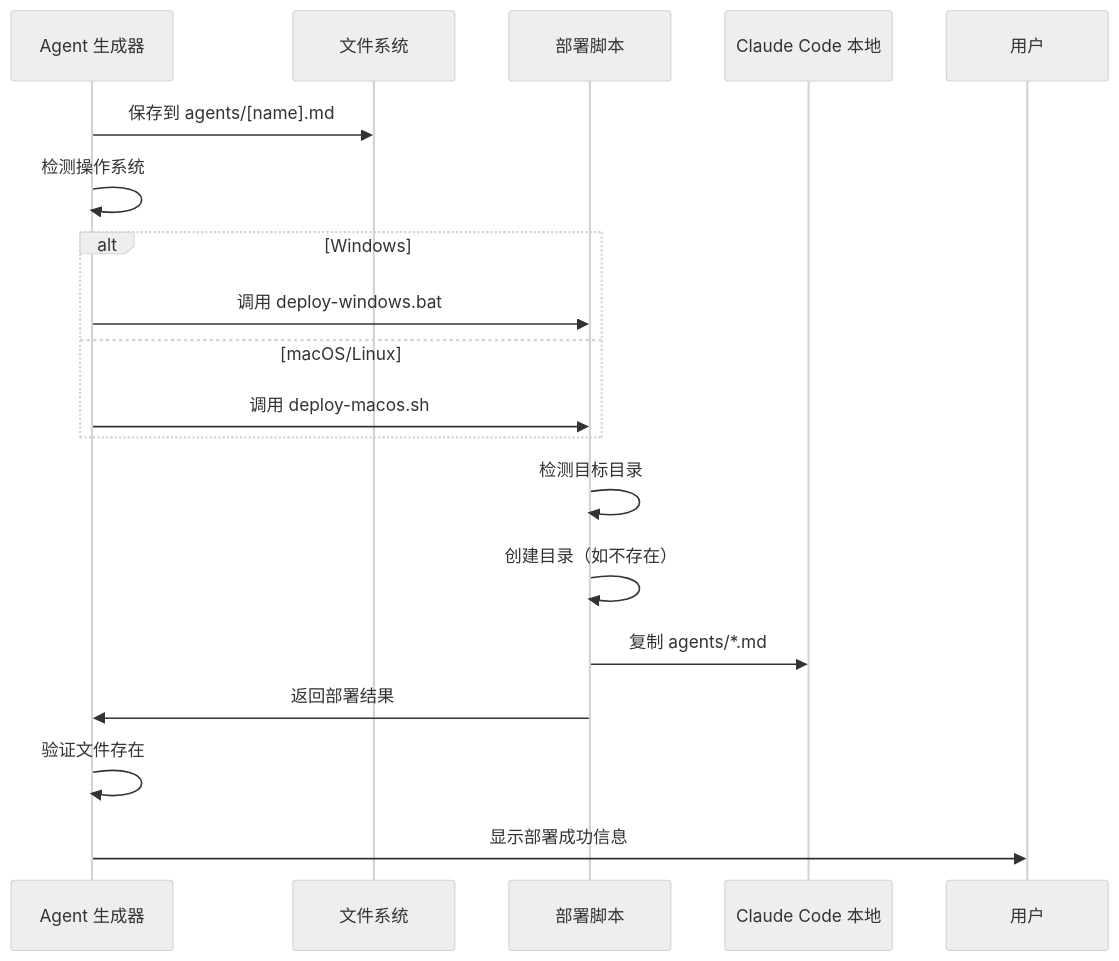
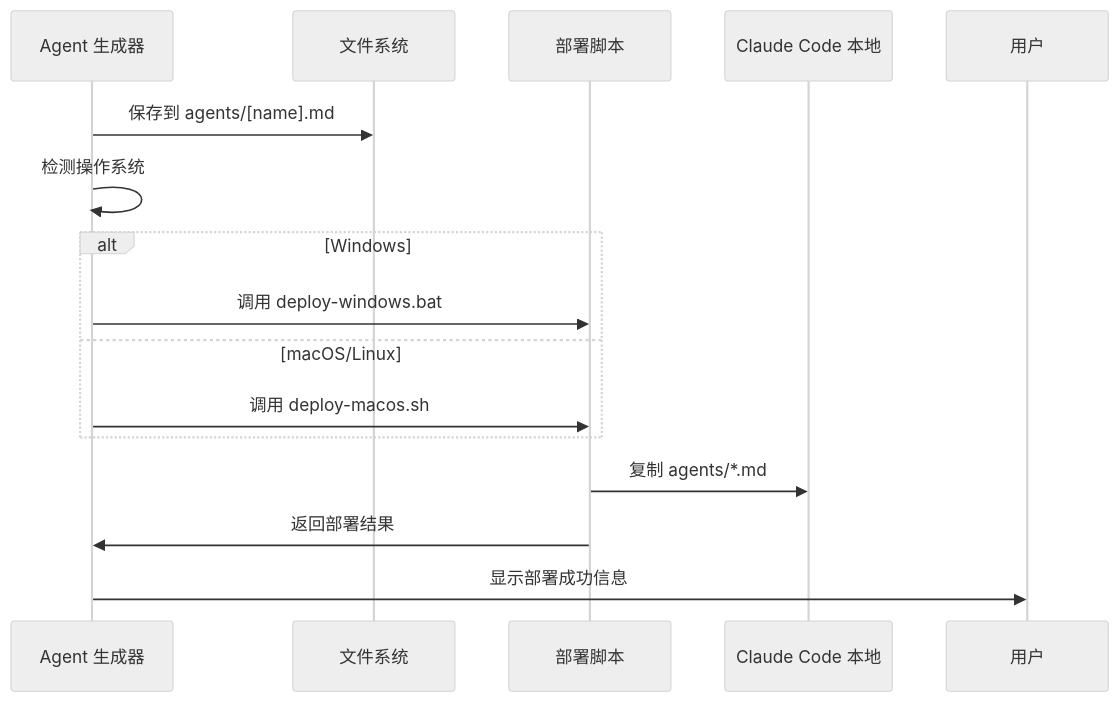
Before and after one commit to JIA-ss/agents: the seventh of 7 diagrams in agents/agent-generator.md, drawn with Mermaid (neutral theme). The commit also changed other lines of this file and 4 other files, not shown here.

````diff
--- a/agents/agent-generator.md
+++ b/agents/agent-generator.md
@@ -354,21 +251,18 @@
 ```mermaid
 sequenceDiagram
     participant Gen as Agent 生成器
     participant File as 文件系统
     participant Script as 部署脚本
     participant Local as Claude Code 本地
 
     Gen->>File: 保存到 agents/[name].md
     Gen->>Gen: 检测操作系统
     alt Windows
         Gen->>Script: 调用 deploy-windows.bat
     else macOS/Linux
         Gen->>Script: 调用 deploy-macos.sh
     end
-    Script->>Script: 检测目标目录
-    Script->>Script: 创建目录（如不存在）
     Script->>Local: 复制 agents/*.md
     Script->>Gen: 返回部署结果
-    Gen->>Gen: 验证文件存在
     Gen->>用户: 显示部署成功信息
 ```
````
